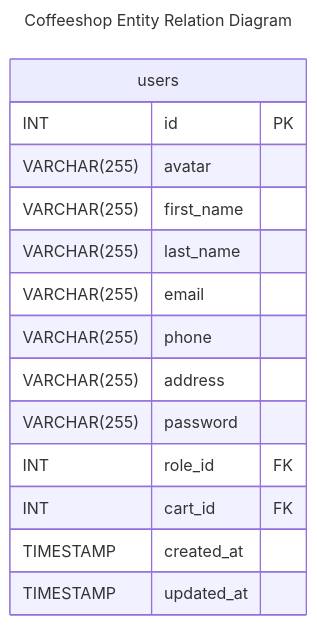
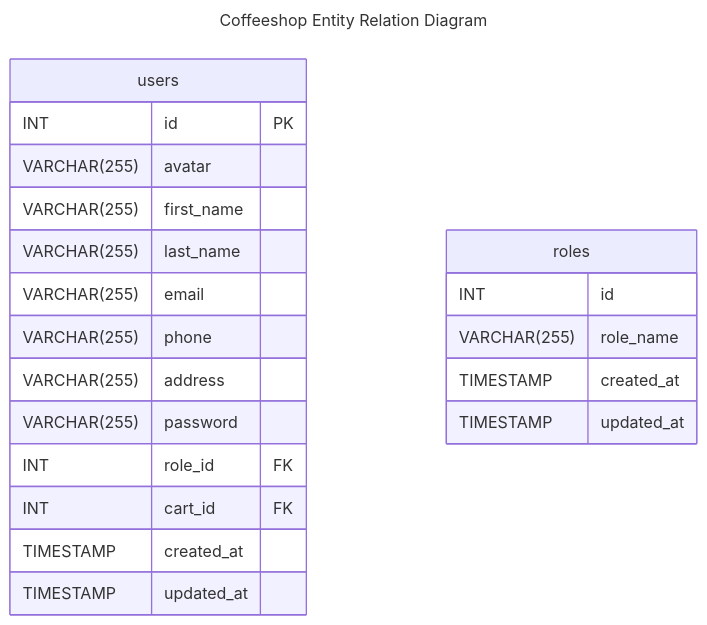
The diagram in readme.md (rezafauzan/koda-b6-db), drawn with Mermaid before and after one commit.

Commit message:
Feat: add new entity roles

````diff
--- a/readme.md
+++ b/readme.md
@@ -2,20 +2,27 @@
 ```mermaid
 ---
 title: Coffeeshop Entity Relation Diagram
 ---
     erDiagram
     users {
     INT id PK 
     VARCHAR(255) avatar
     VARCHAR(255) first_name
     VARCHAR(255) last_name
     VARCHAR(255) email
     VARCHAR(255) phone
     VARCHAR(255) address
     VARCHAR(255) password
     INT role_id FK
     INT cart_id FK
     TIMESTAMP created_at
     TIMESTAMP updated_at
     }
+
+    roles{
+        INT id 
+        VARCHAR(255) role_name
+        TIMESTAMP created_at
+        TIMESTAMP updated_at
+    }
 ```
````
